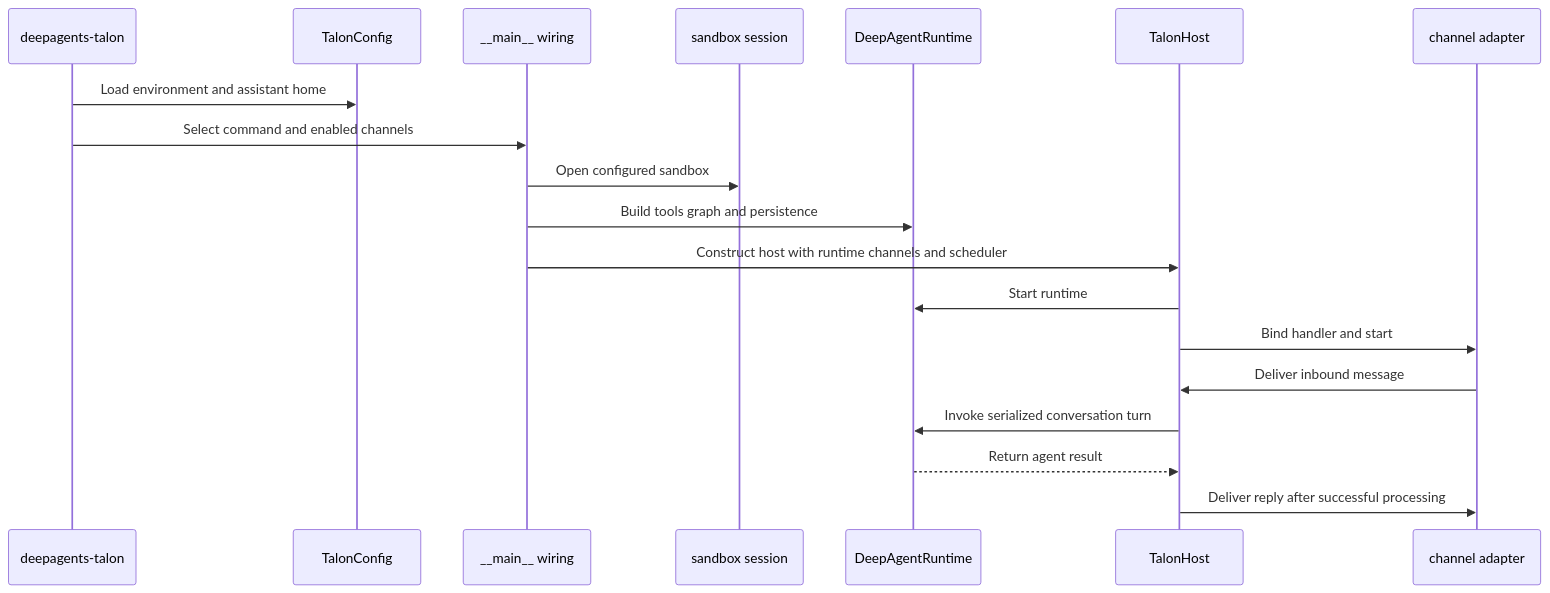
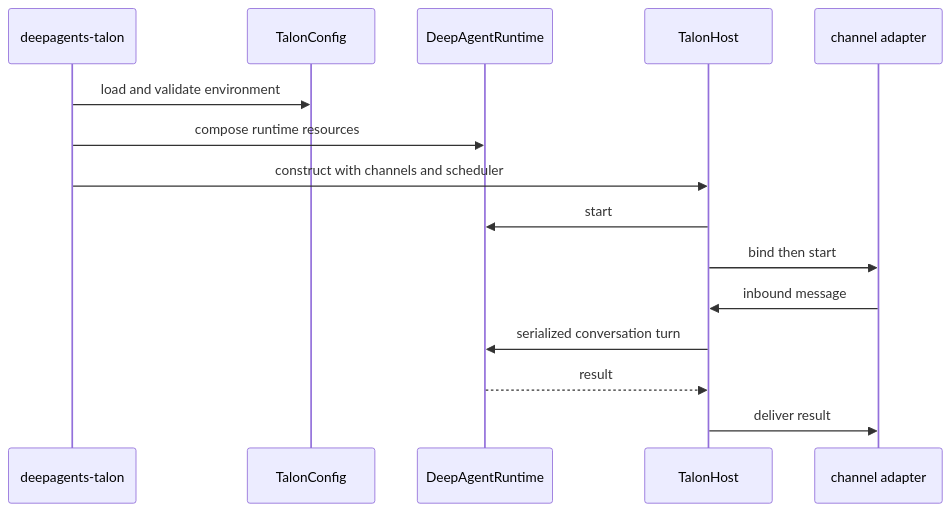
Before and after one commit to langchain-ai/deepagents: the third of 3 diagrams in openwiki/architecture/source-map.md, drawn with Mermaid. The commit also changed other lines of this file and 41 other files, not shown here.

````diff
--- a/openwiki/architecture/source-map.md
+++ b/openwiki/architecture/source-map.md
@@ -91,21 +167,17 @@
 ```mermaid
 sequenceDiagram
   participant CLI as deepagents-talon
   participant Config as TalonConfig
-  participant Bootstrap as __main__ wiring
-  participant Sandbox as sandbox session
   participant Runtime as DeepAgentRuntime
   participant Host as TalonHost
   participant Channel as channel adapter
-  CLI->>Config: Load environment and assistant home
-  CLI->>Bootstrap: Select command and enabled channels
-  Bootstrap->>Sandbox: Open configured sandbox
-  Bootstrap->>Runtime: Build tools graph and persistence
-  Bootstrap->>Host: Construct host with runtime channels and scheduler
-  Host->>Runtime: Start runtime
-  Host->>Channel: Bind handler and start
-  Channel->>Host: Deliver inbound message
-  Host->>Runtime: Invoke serialized conversation turn
-  Runtime-->>Host: Return agent result
-  Host->>Channel: Deliver reply after successful processing
+  CLI->>Config: load and validate environment
+  CLI->>Runtime: compose runtime resources
+  CLI->>Host: construct with channels and scheduler
+  Host->>Runtime: start
+  Host->>Channel: bind then start
+  Channel->>Host: inbound message
+  Host->>Runtime: serialized conversation turn
+  Runtime-->>Host: result
+  Host->>Channel: deliver result
 ```
````
